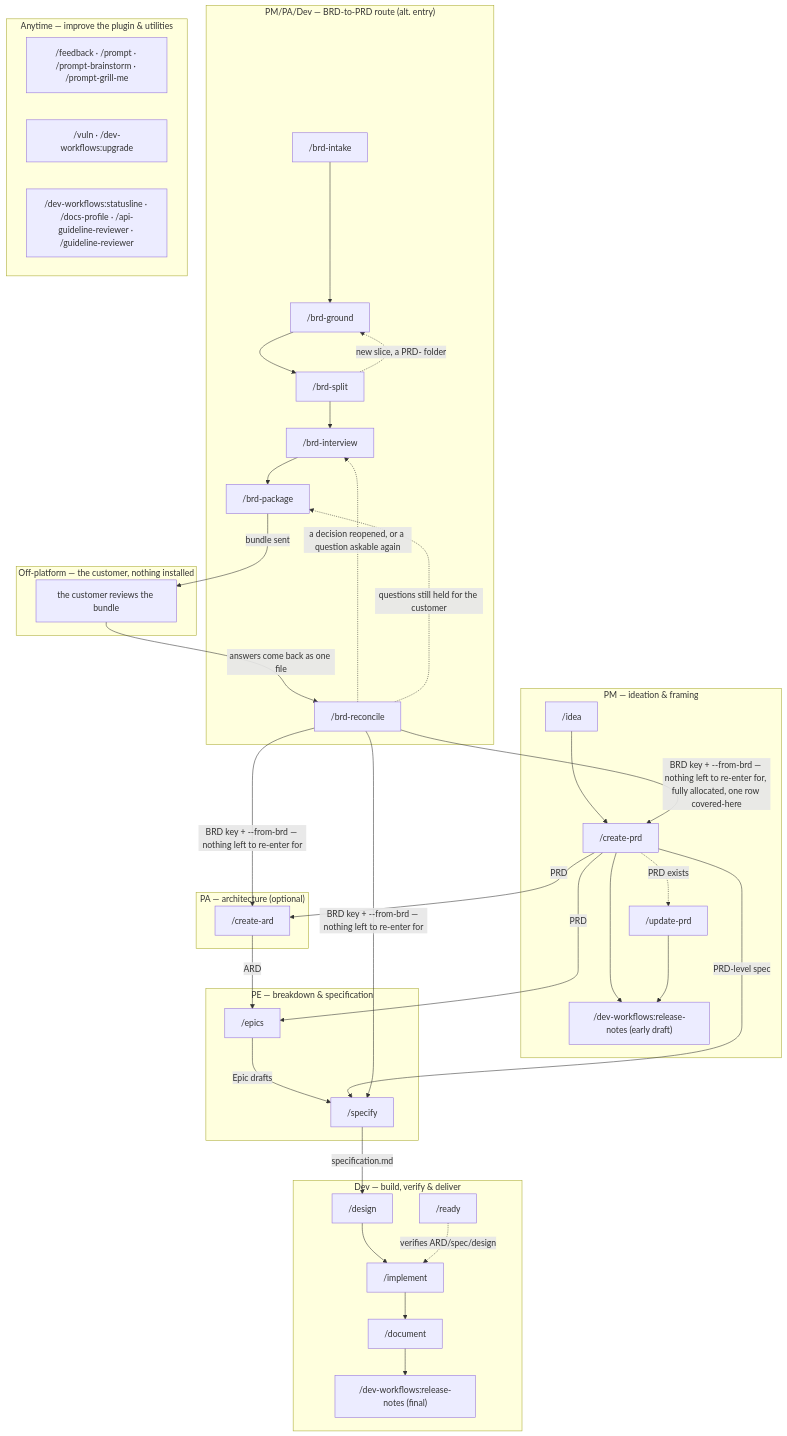
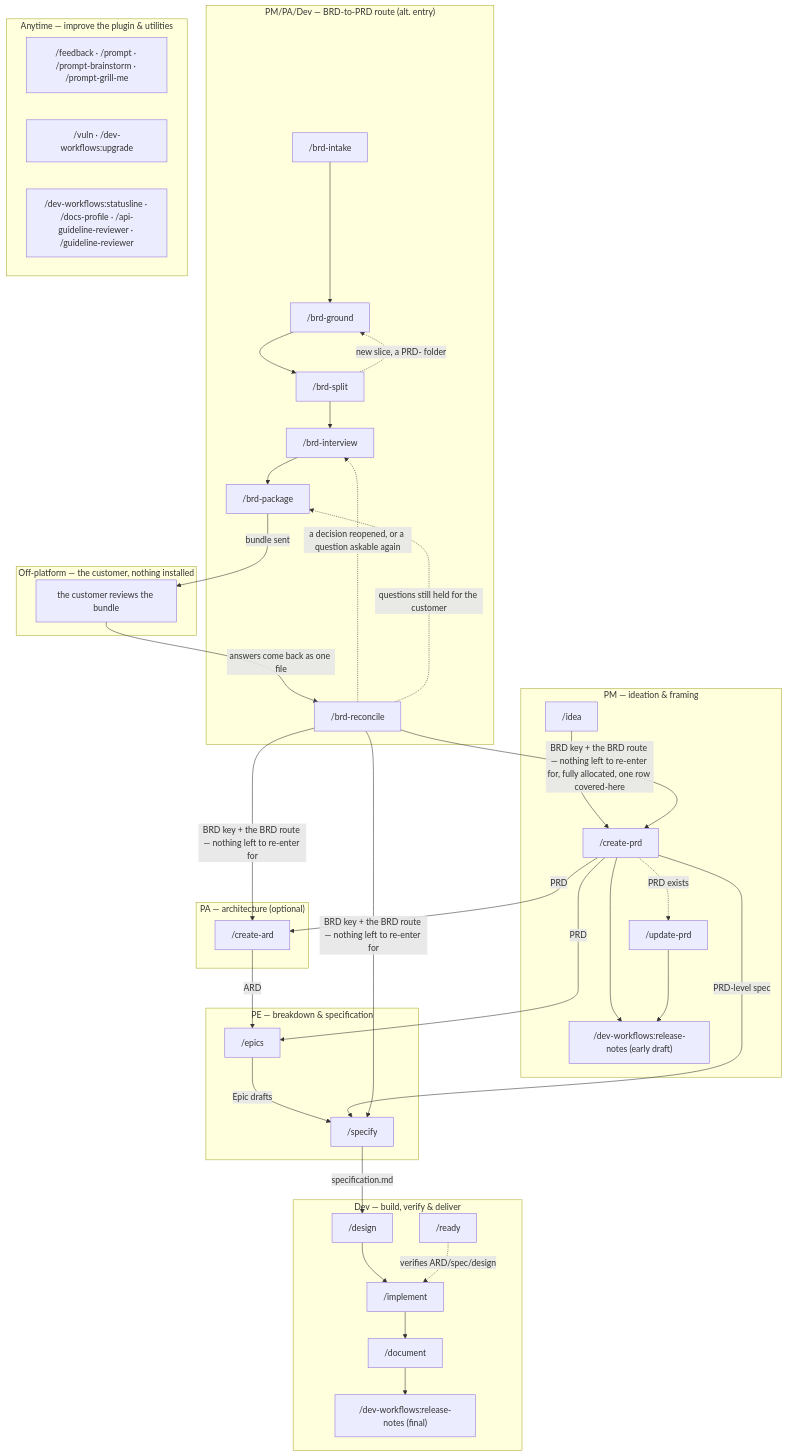
The diagram in plugins/dev-workflows/docs/workflow.md (ihudak/ihudak-claude-plugins), drawn with Mermaid before and after one commit. The commit also changed other lines of this file and 31 other files, not shown here.

````diff
--- a/plugins/dev-workflows/docs/workflow.md
+++ b/plugins/dev-workflows/docs/workflow.md
@@ -5,51 +5,51 @@
 ```mermaid
 flowchart TD
     subgraph PM["PM — ideation & framing"]
         idea["/idea"] --> createvi["/create-prd"]
         createvi --> rnpm["/dev-workflows:release-notes (early draft)"]
         createvi -.->|PRD exists| updatevi["/update-prd"]
         updatevi --> rnpm
     end
     subgraph BRD["PM/PA/Dev — BRD-to-PRD route (alt. entry)"]
         brdintake["/brd-intake"] --> brdground["/brd-ground"] --> brdsplit["/brd-split"]
         brdsplit -.->|new slice, a PRD- folder| brdground
         brdsplit --> brdinterview["/brd-interview"] --> brdpackage["/brd-package"]
         brdreconcile["/brd-reconcile"]
     end
     subgraph CUST["Off-platform — the customer, nothing installed"]
         brdreview["the customer reviews the bundle"]
     end
     subgraph PA["PA — architecture (optional)"]
         createard["/create-ard"]
     end
     subgraph PE["PE — breakdown & specification"]
         epics["/epics"]
         specify["/specify"]
     end
     subgraph DEV["Dev — build, verify & deliver"]
         design["/design"] --> implement["/implement"]
         implement --> document["/document"]
         document --> rndev["/dev-workflows:release-notes (final)"]
         ready["/ready"]
     end
     subgraph ANY["Anytime — improve the plugin & utilities"]
         improve["/feedback · /prompt · /prompt-brainstorm · /prompt-grill-me"]
         maint["/vuln · /dev-workflows:upgrade"]
         tooling["/dev-workflows:statusline · /docs-profile · /api-guideline-reviewer · /guideline-reviewer"]
     end
 
     createvi -->|PRD| createard
     createvi -->|PRD| epics
     createard -->|ARD| epics
     epics -->|Epic drafts| specify
     createvi -->|PRD-level spec| specify
     specify -->|specification.md| design
     ready -. verifies ARD/spec/design .-> implement
     brdpackage -->|bundle sent| brdreview
     brdreview -->|answers come back as one file| brdreconcile
     brdreconcile -.->|a decision reopened, or a question askable again| brdinterview
     brdreconcile -.->|questions still held for the customer| brdpackage
-    brdreconcile -->|BRD key + --from-brd — nothing left to re-enter for, fully allocated, one row covered-here| createvi
-    brdreconcile -->|BRD key + --from-brd — nothing left to re-enter for| createard
-    brdreconcile -->|BRD key + --from-brd — nothing left to re-enter for| specify
+    brdreconcile -->|BRD key + the BRD route — nothing left to re-enter for, fully allocated, one row covered-here| createvi
+    brdreconcile -->|BRD key + the BRD route — nothing left to re-enter for| createard
+    brdreconcile -->|BRD key + the BRD route — nothing left to re-enter for| specify
 ```
````
